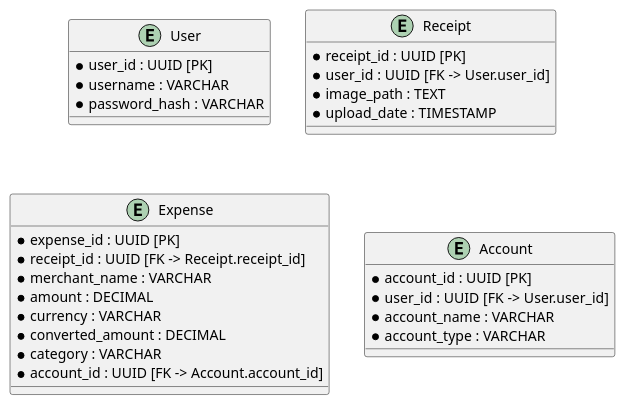
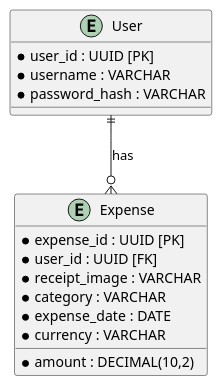
The diagram in .extras/erm.plantuml (1oannis/budget-lens), drawn with PlantUML before and after one commit. The commit also changed 10 other files, not shown here.

```diff
--- a/.extras/erm.plantuml
+++ b/.extras/erm.plantuml
@@ -1,32 +1,19 @@
-@startuml expense-tracker
+@startuml budget-lens
 entity User {
   * user_id : UUID [PK]
   * username : VARCHAR
   * password_hash : VARCHAR
 }
 
-entity Receipt {
-  * receipt_id : UUID [PK]
-  * user_id : UUID [FK -> User.user_id]
-  * image_path : TEXT
-  * upload_date : TIMESTAMP
+entity Expense {
+  * expense_id : UUID [PK]
+  * user_id : UUID [FK]
+  * receipt_image : VARCHAR
+  * category : VARCHAR
+  * expense_date : DATE
+  * amount : DECIMAL(10,2)
+  * currency : VARCHAR
 }
 
-entity Expense {
-  * expense_id : UUID [PK]
-  * receipt_id : UUID [FK -> Receipt.receipt_id]
-  * merchant_name : VARCHAR
-  * amount : DECIMAL
-  * currency : VARCHAR
-  * converted_amount : DECIMAL
-  * category : VARCHAR
-  * account_id : UUID [FK -> Account.account_id]
-}
-
-entity Account {
-  * account_id : UUID [PK]
-  * user_id : UUID [FK -> User.user_id]
-  * account_name : VARCHAR
-  * account_type : VARCHAR
-}
+User ||--o{ Expense : has
 @enduml
```
